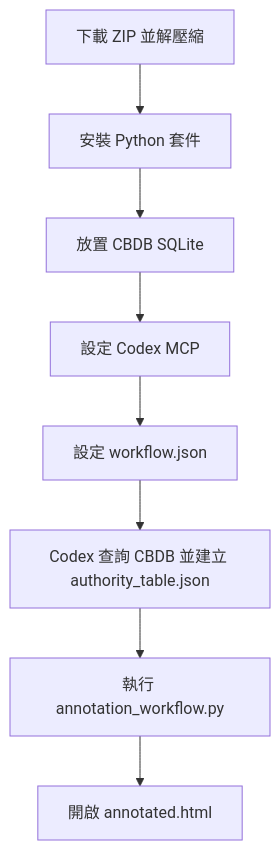
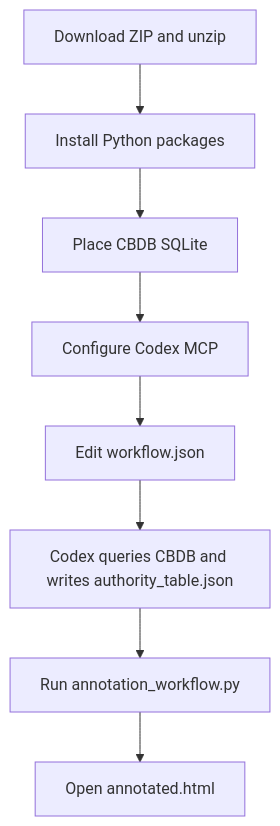
The diagram in README.md (cclintw/cbdb-mcp-server-codex), drawn with Mermaid before and after one commit. The commit also changed other lines of this file and 1 other file, not shown here.

````diff
--- a/README.md
+++ b/README.md
@@ -20,10 +23,10 @@
 ```mermaid
 flowchart TD
-    A["下載 ZIP 並解壓縮"] --> B["安裝 Python 套件"]
-    B --> C["放置 CBDB SQLite"]
-    C --> D["設定 Codex MCP"]
-    D --> E["設定 workflow.json"]
-    E --> F["Codex 查詢 CBDB 並建立 authority_table.json"]
-    F --> G["執行 annotation_workflow.py"]
-    G --> H["開啟 annotated.html"]
+    A["Download ZIP and unzip"] --> B["Install Python packages"]
+    B --> C["Place CBDB SQLite"]
+    C --> D["Configure Codex MCP"]
+    D --> E["Edit workflow.json"]
+    E --> F["Codex queries CBDB and writes authority_table.json"]
+    F --> G["Run annotation_workflow.py"]
+    G --> H["Open annotated.html"]
 ```
````
